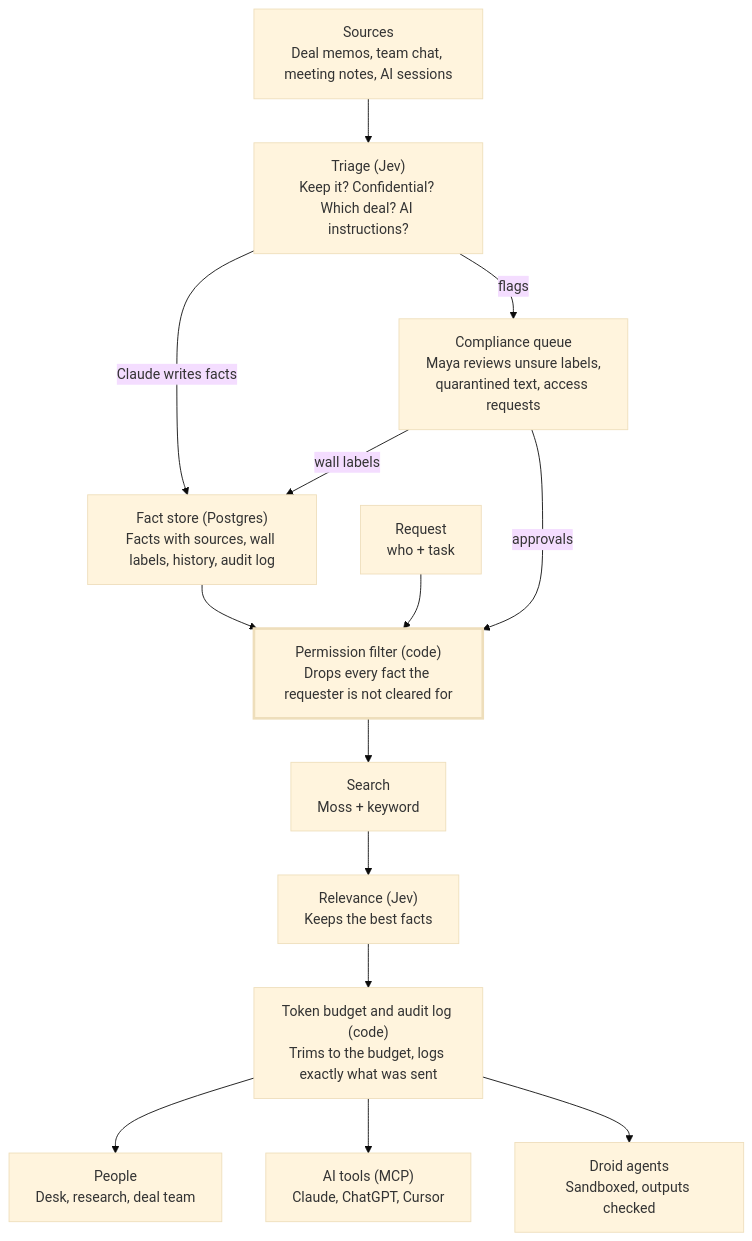
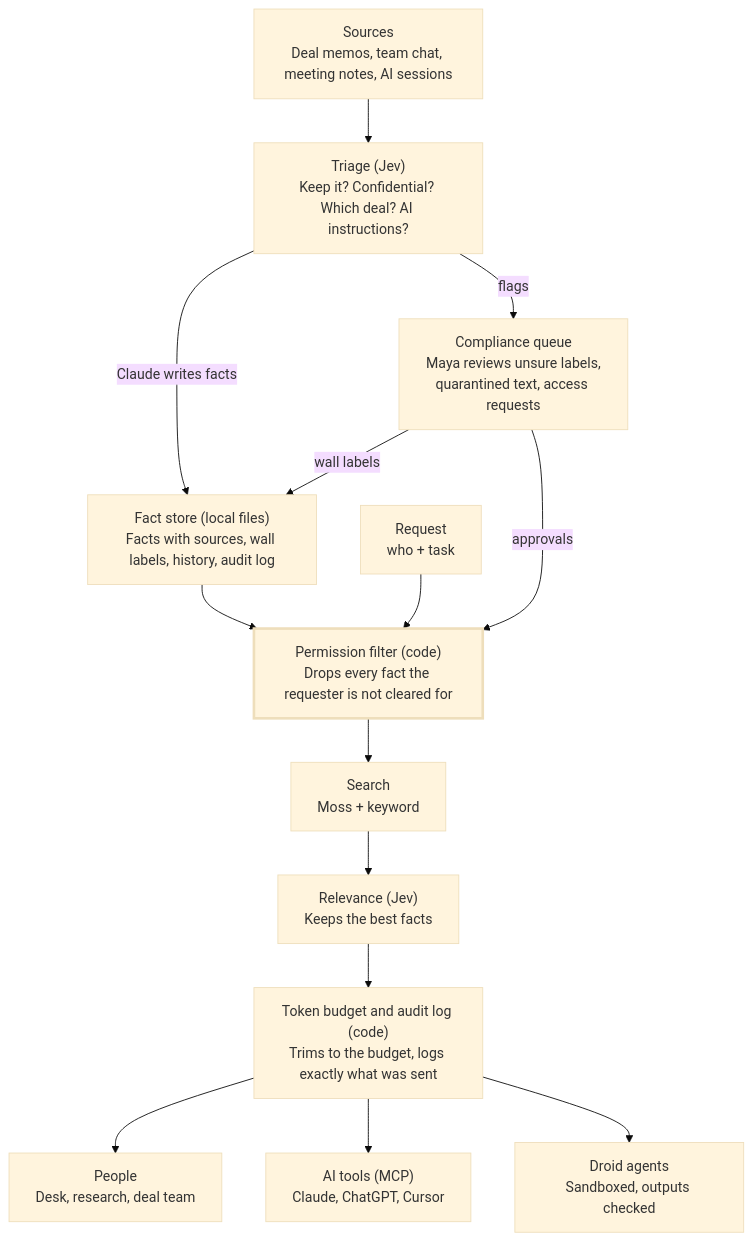
One commit to victory-c/cal-hacks-13 changed the diagram in docs/PRD.md. Above: the diagram before and after it, drawn with Mermaid (base theme). The commit also changed other lines of this file and 18 other files, not shown here.

````diff
--- a/docs/PRD.md
+++ b/docs/PRD.md
@@ -115,17 +111,17 @@
 ```mermaid
 flowchart TD
     SRC["Sources<br/>Deal memos, team chat, meeting notes, AI sessions"] --> TRI["Triage (Jev)<br/>Keep it? Confidential? Which deal? AI instructions?"]
     TRI -- flags --> CQ["Compliance queue<br/>Maya reviews unsure labels,<br/>quarantined text, access requests"]
-    TRI -- Claude writes facts --> STORE["Fact store (Postgres)<br/>Facts with sources, wall labels, history, audit log"]
+    TRI -- Claude writes facts --> STORE["Fact store (local files)<br/>Facts with sources, wall labels, history, audit log"]
     CQ -- wall labels --> STORE
     STORE --> PERM["Permission filter (code)<br/>Drops every fact the requester is not cleared for"]
     REQ["Request<br/>who + task"] --> PERM
     CQ -- approvals --> PERM
     PERM --> SEARCH["Search<br/>Moss + keyword"]
     SEARCH --> REL["Relevance (Jev)<br/>Keeps the best facts"]
     REL --> BUD["Token budget and audit log (code)<br/>Trims to the budget, logs exactly what was sent"]
     BUD --> PPL["People<br/>Desk, research, deal team"]
     BUD --> MCP["AI tools (MCP)<br/>Claude, ChatGPT, Cursor"]
     BUD --> DROID["Droid agents<br/>Sandboxed, outputs checked"]
     style PERM stroke-width:3px
 ```
````
